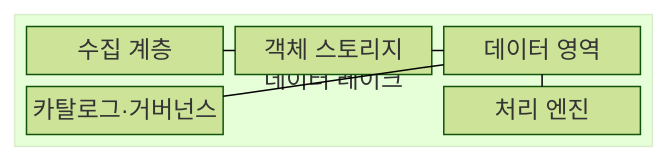
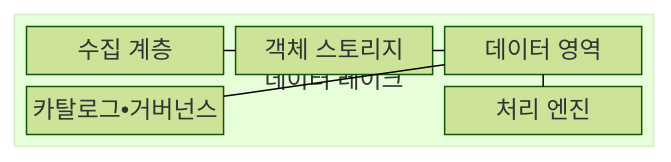
The first of 2 diagrams in src/content/docs/notes/03-software/125_data_lake.md (agnusdei1207/knowledge-base), drawn with Mermaid (forest theme) before and after one commit. The commit also changed other lines of this file and 953 other files, not shown here.

````diff
--- a/src/content/docs/notes/03-software/125_data_lake.md
+++ b/src/content/docs/notes/03-software/125_data_lake.md
@@ -67,17 +67,17 @@
 ```mermaid
 block
     columns 1
     block:LAKE["데이터 레이크"]
         columns 3
         I["수집 계층"]
         O["객체 스토리지"]
         Z["데이터 영역"]
-        C["카탈로그·거버넌스"]
+        C["카탈로그•거버넌스"]
         space
         P["처리 엔진"]
     end
     I --- O
     O --- Z
     Z --- C
     Z --- P
 ```
````
